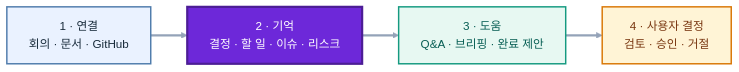
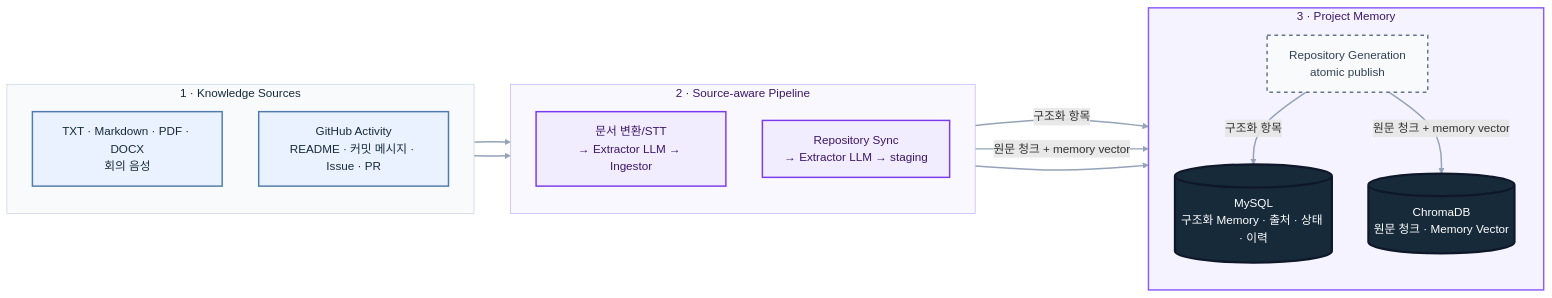
The second of 5 diagrams in README.md (SKNETWORKS-FAMILY-AICAMP/SKN30-4th-1Team), drawn with Mermaid before and after one commit. The commit also changed other lines of this file and 9 other files, not shown here.

Commit message:
docs: refresh README for hosted v1.0.7 architecture

````diff
--- a/README.md
+++ b/README.md
@@ -90,20 +162,44 @@
 ```mermaid
 flowchart LR
-    CONNECT["1 · 연결<br/>회의 · 문서 · GitHub"]
-    REMEMBER["2 · 기억<br/>결정 · 할 일 · 이슈 · 리스크"]
-    ASSIST["3 · 도움<br/>Q&A · 브리핑 · 완료 제안"]
-    DECIDE["4 · 사용자 결정<br/>검토 · 승인 · 거절"]
+    subgraph SOURCES["1 · Knowledge Sources"]
+        direction TB
+        DOCUMENTS["TXT · Markdown · PDF · DOCX<br/>회의 음성"]
+        GITHUB["GitHub Activity<br/>README · 커밋 메시지 · Issue · PR"]
+    end
 
-    CONNECT --> REMEMBER --> ASSIST --> DECIDE
+    subgraph PIPELINES["2 · Source-aware Pipeline"]
+        direction TB
+        DOCUMENT_PIPE["문서 변환/STT<br/>→ Extractor LLM → Ingestor"]
+        REPOSITORY_PIPE["Repository Sync<br/>→ Extractor LLM → staging"]
+    end
 
-    classDef connect fill:#EAF2FF,stroke:#4F7CAC,color:#172A3A,stroke-width:2px
-    classDef remember fill:#6D28D9,stroke:#4C1D95,color:#FFFFFF,stroke-width:3px
-    classDef assist fill:#E7F8F2,stroke:#159A80,color:#075E54,stroke-width:2px
-    classDef decide fill:#FFF4D6,stroke:#D97706,color:#78350F,stroke-width:2px
+    subgraph MEMORY["3 · Project Memory"]
+        direction TB
+        GENERATION["Repository Generation<br/>atomic publish"]
+        MYSQL[("MySQL<br/>구조화 Memory · 출처 · 상태 · 이력")]
+        CHROMA[("ChromaDB<br/>원문 청크 · Memory Vector")]
+    end
 
-    class CONNECT connect
-    class REMEMBER remember
-    class ASSIST assist
-    class DECIDE decide
-    linkStyle default stroke:#94A3B8,stroke-width:3px
+    DOCUMENTS --> DOCUMENT_PIPE
+    GITHUB --> REPOSITORY_PIPE
+    DOCUMENT_PIPE -->|"구조화 항목"| MYSQL
+    DOCUMENT_PIPE -->|"원문 청크 + memory vector"| CHROMA
+    REPOSITORY_PIPE --> GENERATION
+    GENERATION -->|"구조화 항목"| MYSQL
+    GENERATION -->|"원문 청크 + memory vector"| CHROMA
+
+    classDef source fill:#EAF2FF,stroke:#4F7CAC,color:#172A3A,stroke-width:2px
+    classDef process fill:#F2ECFF,stroke:#7C3AED,color:#3B1768,stroke-width:2px
+    classDef datastore fill:#172A3A,stroke:#0F172A,color:#FFFFFF,stroke-width:3px
+    classDef scope fill:#F8FAFC,stroke:#64748B,color:#334155,stroke-width:2px,stroke-dasharray:5 5
+
+    class DOCUMENTS,GITHUB source
+    class DOCUMENT_PIPE,REPOSITORY_PIPE process
+    class MYSQL,CHROMA datastore
+    class GENERATION scope
+
+    style SOURCES fill:#F8FAFC,stroke:#CBD5E1,color:#172A3A,stroke-width:1px
+    style PIPELINES fill:#FAF8FF,stroke:#C4B5FD,color:#3B1768,stroke-width:1px
+    style MEMORY fill:#F5F3FF,stroke:#8B5CF6,color:#3B1768,stroke-width:2px
+    linkStyle default stroke:#94A3B8,stroke-width:2px
 ```
````
